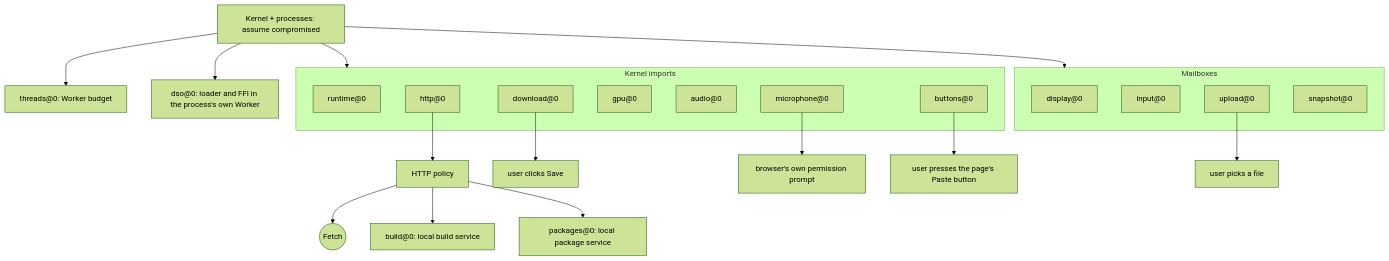
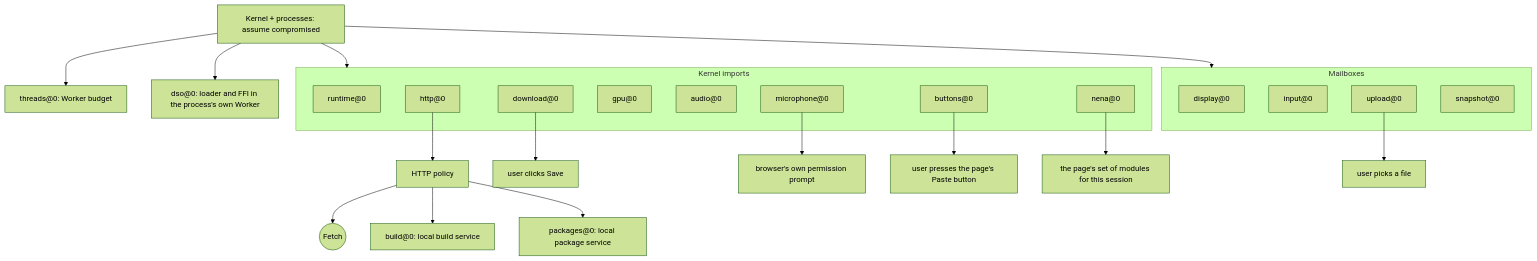
One commit to daugasauron/dolly changed the diagram in docs/browser-boundary.md. Above: the diagram before and after it, drawn with Mermaid (forest theme). The commit also changed other lines of this file and 56 other files, not shown here.

First line of the commit message:
nena@0: a session whose image declares it enables and disables host modules

````diff
--- a/docs/browser-boundary.md
+++ b/docs/browser-boundary.md
@@ -13,33 +13,35 @@
 ```mermaid
 flowchart TB
   guest["Kernel + processes: assume compromised"]
   subgraph imports["Kernel imports"]
     rt["runtime@0"]
     http["http@0"]
     dl["download@0"]
     gpu["gpu@0"]
     au["audio@0"]
     mic["microphone@0"]
     btn["buttons@0"]
+    nena["nena@0"]
   end
   subgraph mailboxes["Mailboxes"]
     disp["display@0"]
     inp["input@0"]
     up["upload@0"]
     snap["snapshot@0"]
   end
   th["threads@0: Worker budget"]
   dso["dso@0: loader and FFI in the process's own Worker"]
   guest --> imports
   guest --> mailboxes
   guest --> th
   guest --> dso
   http --> policy["HTTP policy"]
   policy --> fetch(("Fetch"))
   policy --> build["build@0: local build service"]
   policy --> packages["packages@0: local package service"]
   dl --> save["user clicks Save"]
   up --> picker["user picks a file"]
   mic --> prompt["browser's own permission prompt"]
   btn --> paste["user presses the page's Paste button"]
+  nena --> set["the page's set of modules for this session"]
 ```
````
